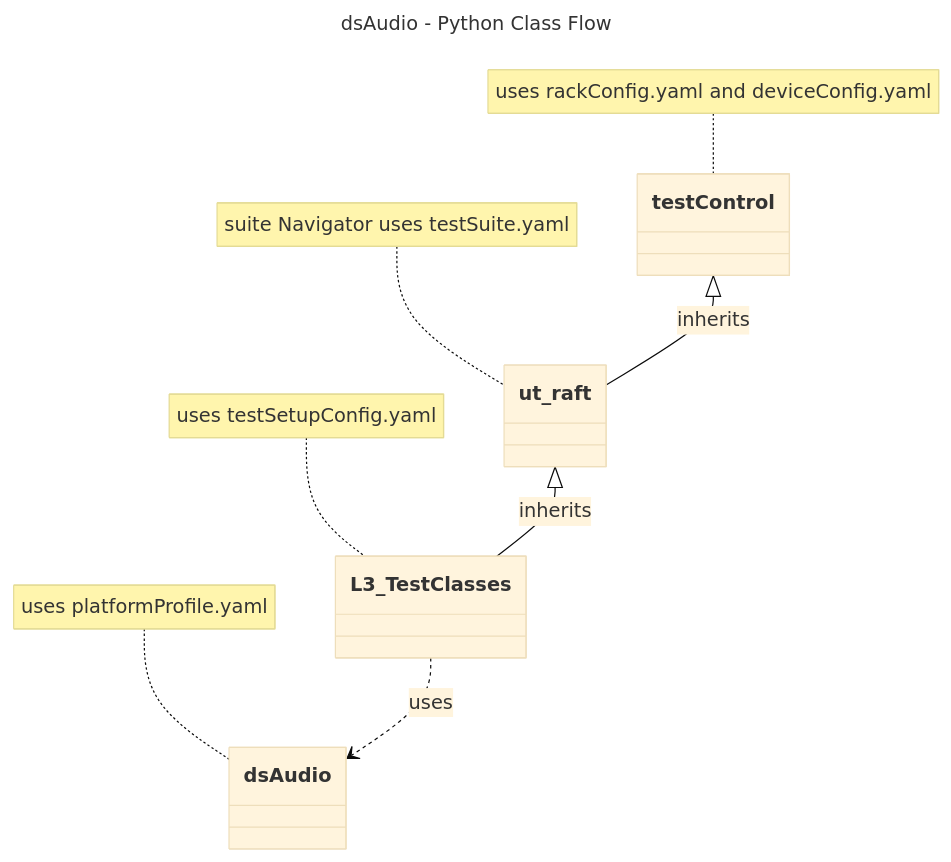
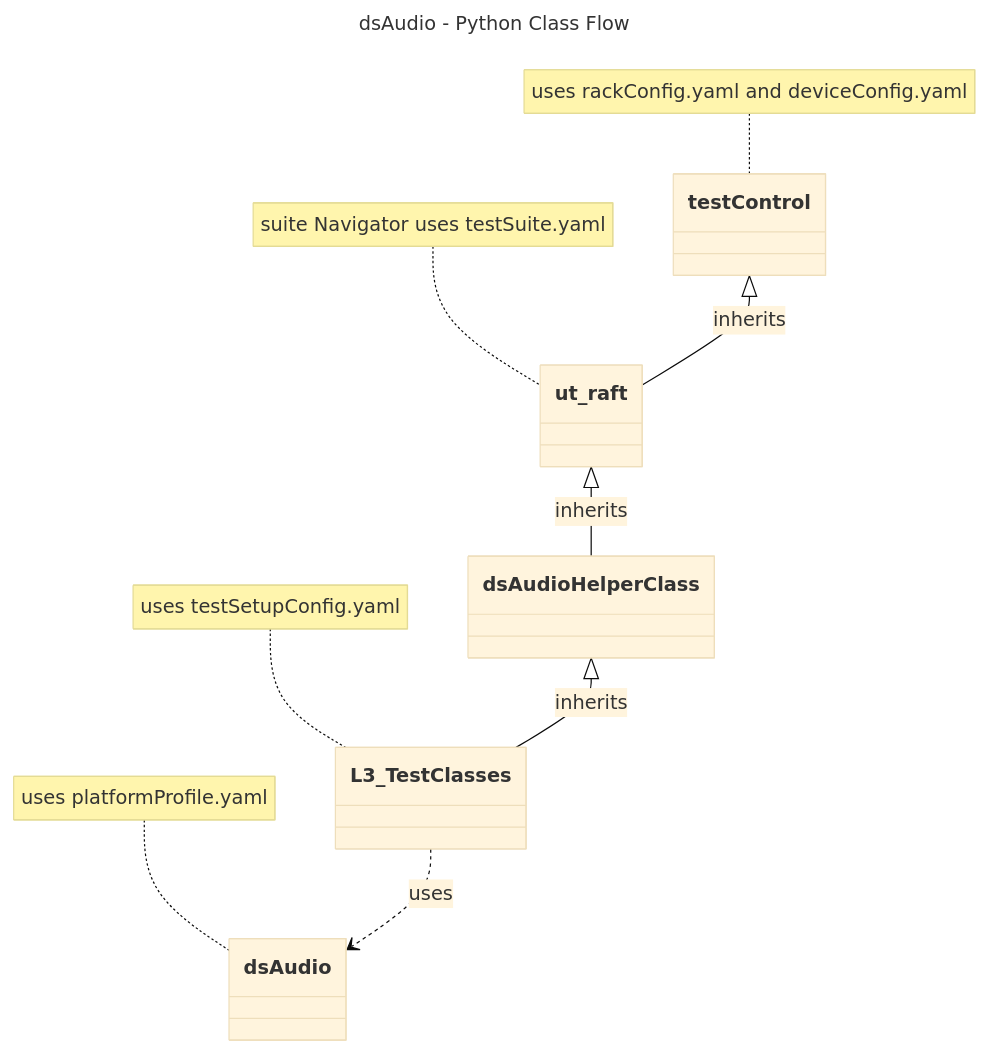
The diagram in docs/pages/dsAudio/ds-audio_L3_Low-Level_TestSpecification.md (rdkcentral/rdk-halif-test-device_settings), drawn with Mermaid (base theme) before and after one commit. The commit also changed 1 other file, not shown here.

Commit message:
gh #233 dsAudio Enhance python tests
Updated the documents

````diff
--- a/docs/pages/dsAudio/ds-audio_L3_Low-Level_TestSpecification.md
+++ b/docs/pages/dsAudio/ds-audio_L3_Low-Level_TestSpecification.md
@@ -105,15 +105,16 @@
 ```mermaid
 ---
 title: dsAudio - Python Class Flow
 ---
 classDiagram
     testControl <|-- ut_raft : inherits
     class ut_raft{
     }
-    ut_raft <|-- L3_TestClasses : inherits
+    ut_raft <|-- dsAudioHelperClass : inherits
+    dsAudioHelperClass <|-- L3_TestClasses : inherits
     L3_TestClasses ..> dsAudio : uses
     note for testControl "uses rackConfig.yaml and deviceConfig.yaml"
     note for dsAudio "uses platformProfile.yaml"
     note for L3_TestClasses "uses testSetupConfig.yaml"
     note for ut_raft "suite Navigator uses testSuite.yaml"
 ```
````
